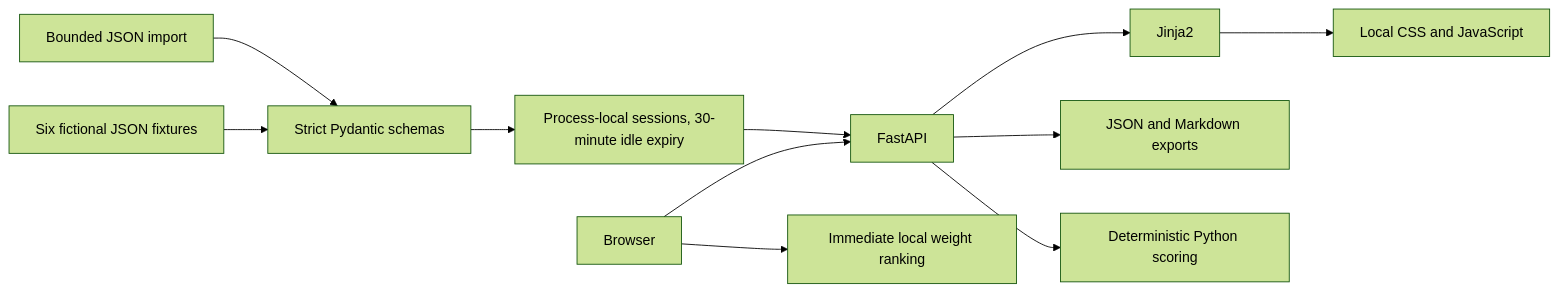
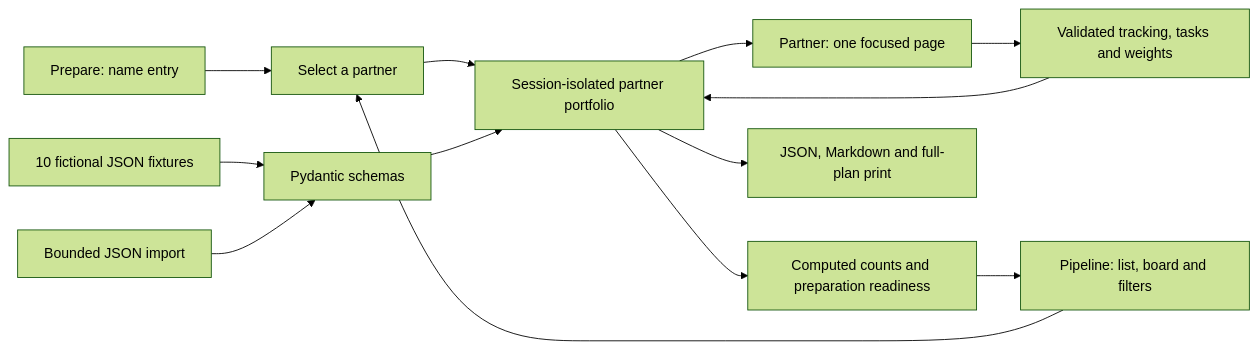
Before and after one commit to SDecamps86/PartnershipsStudio: the diagram in docs/ARCHITECTURE.md, drawn with Mermaid (forest theme). The commit also changed other lines of this file and 57 other files, not shown here.

Commit message:
Reorganize partner preparation into intake, pipeline and focused detail pages

````diff
--- a/docs/ARCHITECTURE.md
+++ b/docs/ARCHITECTURE.md
@@ -3,13 +3,15 @@
 ```mermaid
 flowchart LR
-    Browser --> FastAPI
-    FastAPI --> Jinja2
-    Jinja2 --> LocalAssets[Local CSS and JavaScript]
-    Fixtures[Six fictional JSON fixtures] --> Pydantic[Strict Pydantic schemas]
-    Import[Bounded JSON import] --> Pydantic
-    Pydantic --> Sessions[Process-local sessions, 30-minute idle expiry]
-    Sessions --> FastAPI
-    FastAPI --> Exports[JSON and Markdown exports]
-    Browser --> Ranking[Immediate local weight ranking]
-    FastAPI --> Scoring[Deterministic Python scoring]
+    Prepare[Prepare: name entry] --> Select[Select a partner]
+    Pipeline[Pipeline: list, board and filters] --> Select
+    Select --> Workspace[Session-isolated partner portfolio]
+    Fixtures[10 fictional JSON fixtures] --> Schemas[Pydantic schemas]
+    Import[Bounded JSON import] --> Schemas
+    Schemas --> Workspace
+    Workspace --> Detail[Partner: one focused page]
+    Detail --> Updates[Validated tracking, tasks and weights]
+    Updates --> Workspace
+    Workspace --> Aggregate[Computed counts and preparation readiness]
+    Aggregate --> Pipeline
+    Workspace --> Export[JSON, Markdown and full-plan print]
 ```
````
